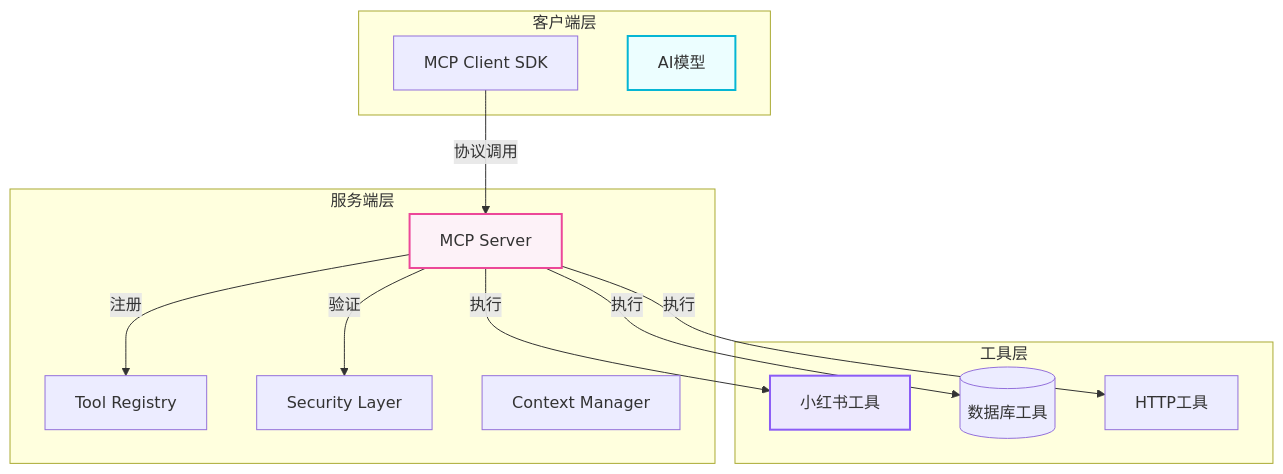
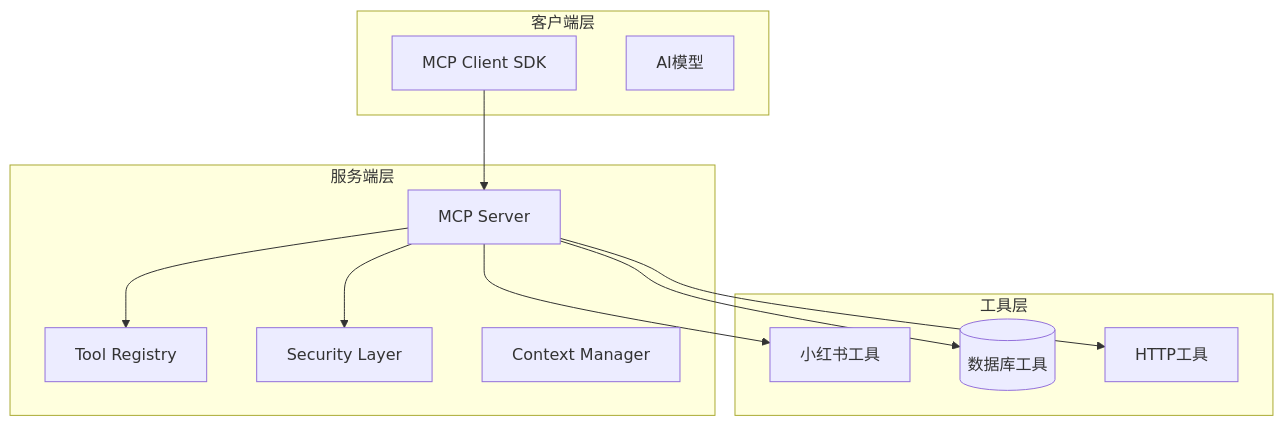
Before and after one commit to s233a/slidev-ppt: the second of 3 diagrams in slides.md, drawn with Mermaid. The commit also changed other lines of this file, not shown here.

````diff
--- a/slides.md
+++ b/slides.md
@@ -115,31 +60,24 @@
 ```mermaid
 graph TB
     subgraph 服务端层
         A[MCP Server]
         B[Tool Registry]
         C[Security Layer]
         D[Context Manager]
     end
-    
     subgraph 工具层
         E[小红书工具]
         F[(数据库工具)]
         G[HTTP工具]
     end
-    
     subgraph 客户端层
         H[MCP Client SDK]
         I[AI模型]
     end
-    
-    H -->|协议调用| A
-    A -->|注册| B
-    A -->|验证| C
-    A -->|执行| E
-    A -->|执行| F
-    A -->|执行| G
-    
-    style A fill:#fdf2f8,stroke:#ec4899,stroke-width:2px
-    style E fill:#ede9fe,stroke:#8b5cf6,stroke-width:2px
-    style I fill:#ecfeff,stroke:#06b6d4,stroke-width:2px
+    H --> A
+    A --> B
+    A --> C
+    A --> E
+    A --> F
+    A --> G
 ```
````
